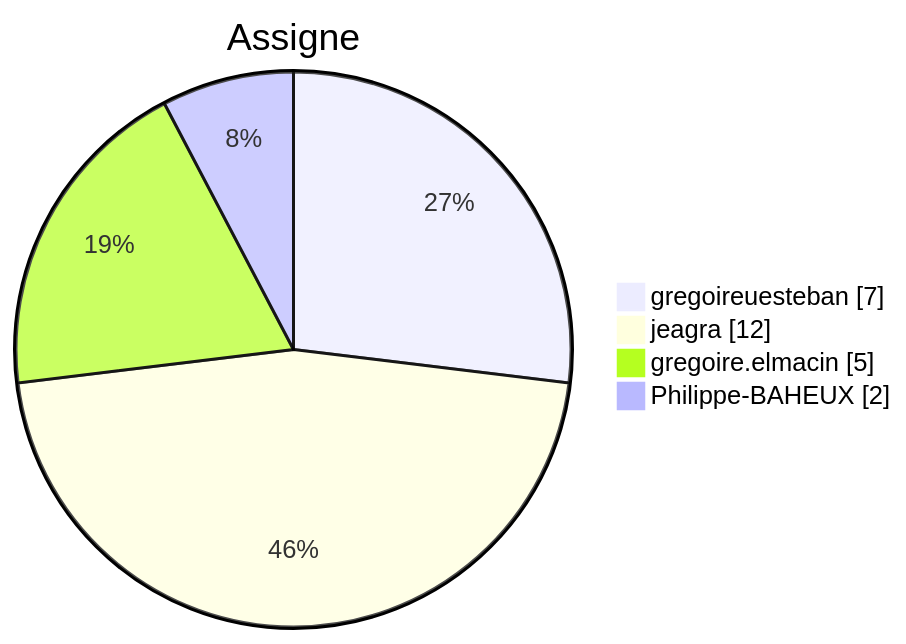
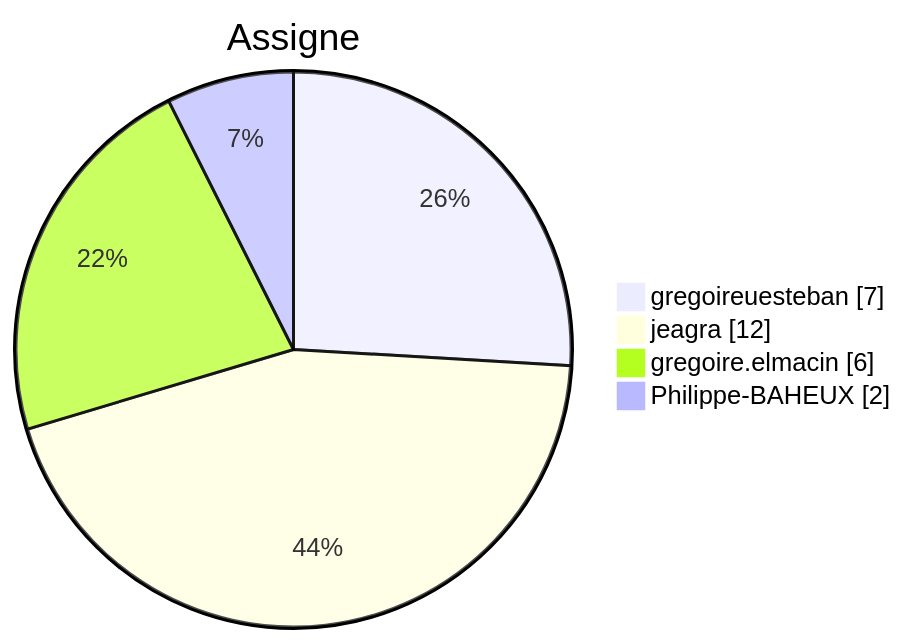
Before and after one commit to Gooseppr/GevOps_LC: the sixth of 7 diagrams in modules/M51_projet-board-J11.md, drawn with Mermaid. The commit also changed other lines of this file, not shown here.

````diff
--- a/modules/M51_projet-board-J11.md
+++ b/modules/M51_projet-board-J11.md
@@ -102,8 +102,8 @@
 ```mermaid
 pie showData
     title Assigne
     "gregoireuesteban" : 7
     "jeagra" : 12
-    "gregoire.elmacin" : 5
+    "gregoire.elmacin" : 6
     "Philippe-BAHEUX" : 2
 ```
````
